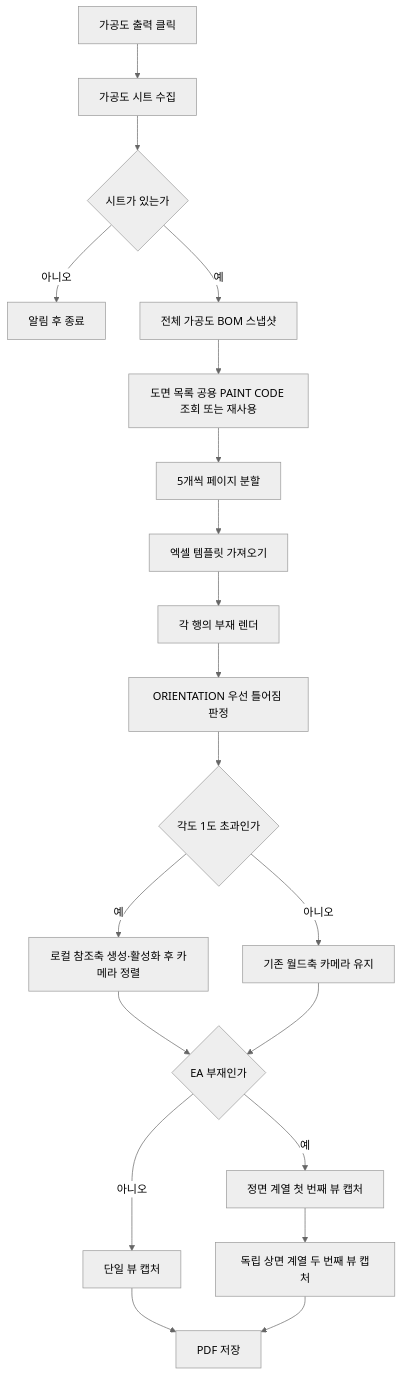
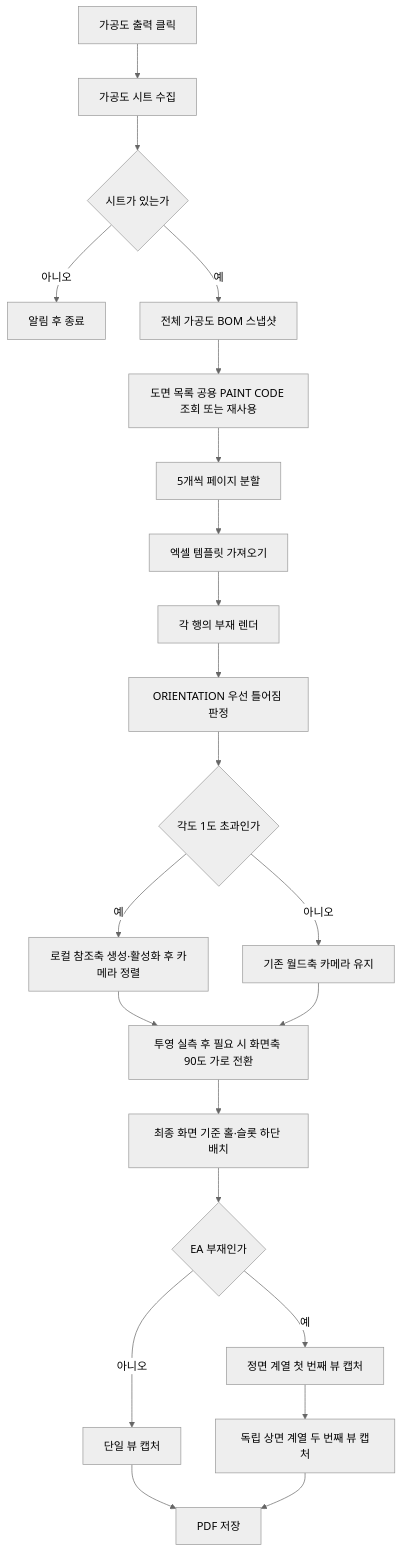
Before and after one commit to uuuuj/a2z: the diagram in docs/기능/가공도/가공도 시트.md, drawn with Mermaid (neutral theme). The commit also changed other lines of this file and 3 other files, not shown here.

````diff
--- a/docs/기능/가공도/가공도 시트.md
+++ b/docs/기능/가공도/가공도 시트.md
@@ -27,22 +27,24 @@
 ```mermaid
 flowchart TD
     A["가공도 출력 클릭"] --> B["가공도 시트 수집"]
     B --> C{"시트가 있는가"}
     C -- 아니오 --> D["알림 후 종료"]
     C -- 예 --> E["전체 가공도 BOM 스냅샷"]
     E --> E1["도면 목록 공용 PAINT CODE 조회 또는 재사용"]
     E1 --> F["5개씩 페이지 분할"]
     F --> G["엑셀 템플릿 가져오기"]
     G --> H["각 행의 부재 렌더"]
     H --> H1["ORIENTATION 우선 틀어짐 판정"]
     H1 --> H2{"각도 1도 초과인가"}
     H2 -- 예 --> H3["로컬 참조축 생성·활성화 후 카메라 정렬"]
     H2 -- 아니오 --> H4["기존 월드축 카메라 유지"]
-    H3 --> I{"EA 부재인가"}
-    H4 --> I
+    H3 --> H5["투영 실측 후 필요 시 화면축 90도 가로 전환"]
+    H4 --> H5
+    H5 --> H6["최종 화면 기준 홀·슬롯 하단 배치"]
+    H6 --> I{"EA 부재인가"}
     I -- 아니오 --> J["단일 뷰 캡처"]
     I -- 예 --> K["정면 계열 첫 번째 뷰 캡처"]
     K --> L["독립 상면 계열 두 번째 뷰 캡처"]
     J --> M["PDF 저장"]
     L --> M
 ```
````
